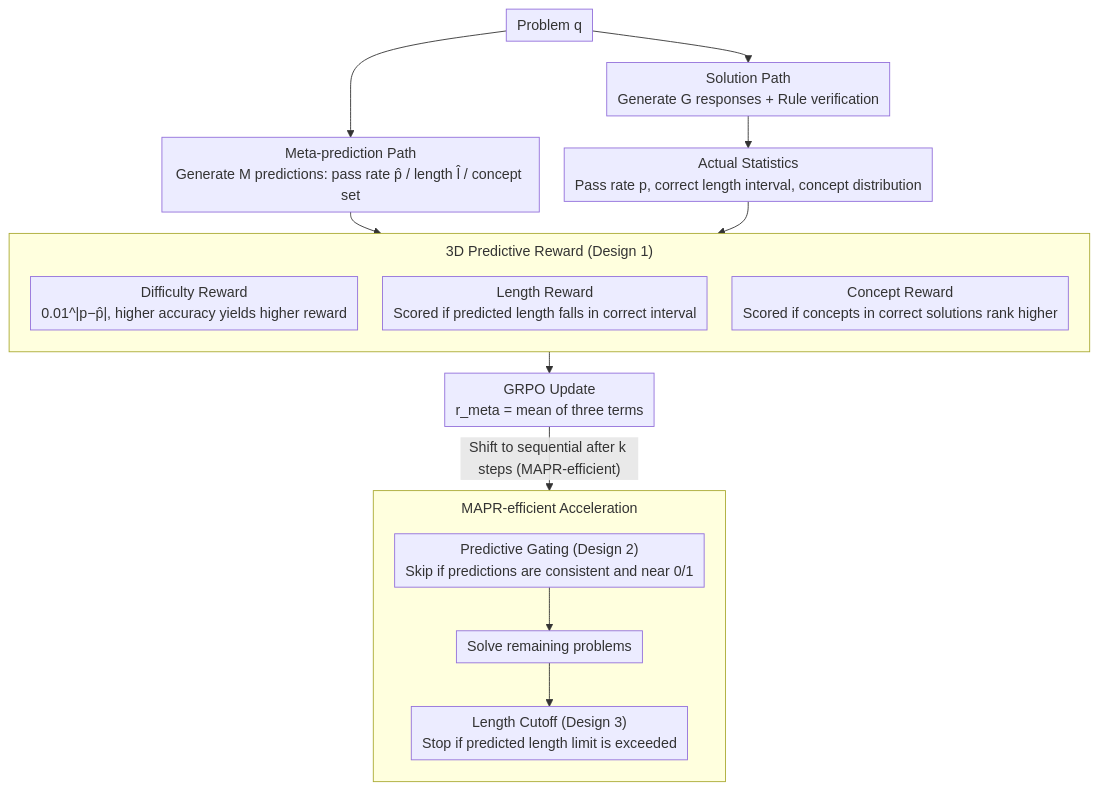
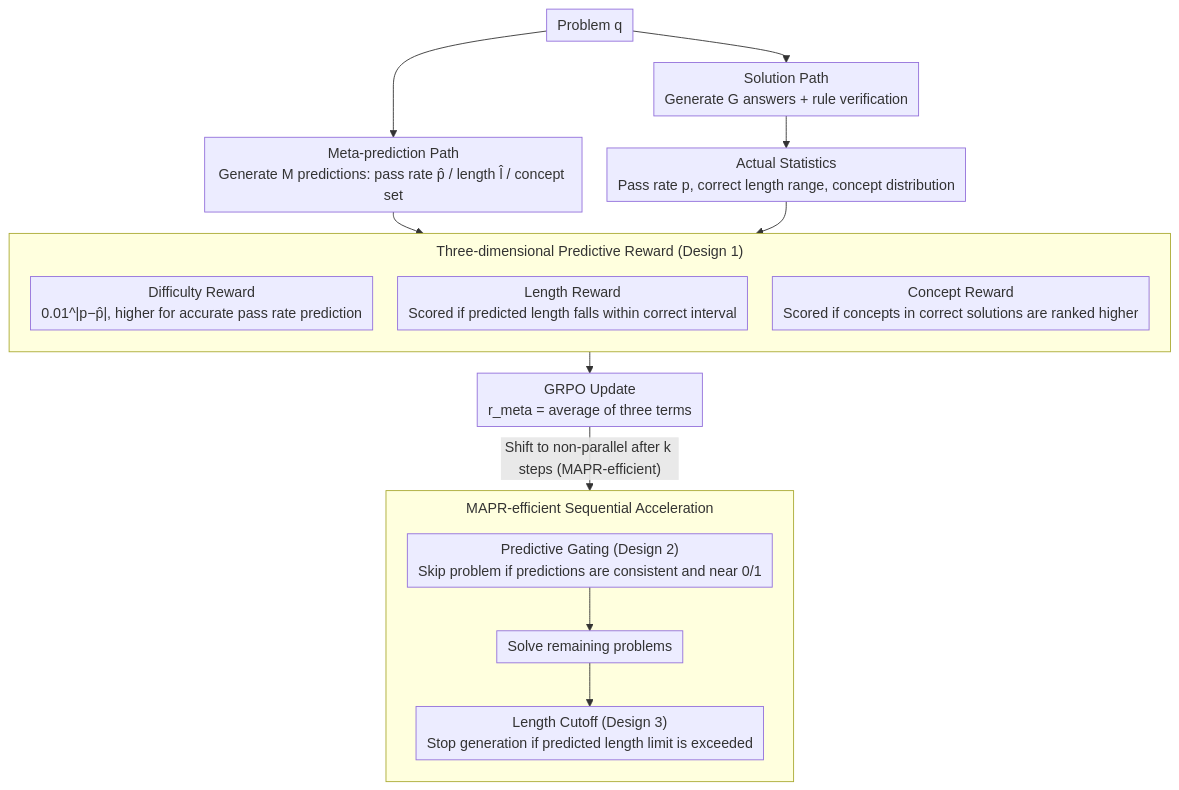
The diagram in docs/ICML2026/llm_reasoning/verifying_meta-awareness_via_predictive_rewards_in_reasoning_models.md (zhaoyang97/Paper-Notes-en), drawn with Mermaid before and after one commit. The commit also changed other lines of this file and 5084 other files, not shown here.

````diff
--- a/docs/ICML2026/llm_reasoning/verifying_meta-awareness_via_predictive_rewards_in_reasoning_models.md
+++ b/docs/ICML2026/llm_reasoning/verifying_meta-awareness_via_predictive_rewards_in_reasoning_models.md
@@ -43,23 +43,23 @@
 ```mermaid
 %%{init: {'flowchart': {'rankSpacing': 24, 'nodeSpacing': 28, 'padding': 6, 'wrappingWidth': 400, 'subGraphTitleMargin': {'top': 8, 'bottom': 16}}}}%%
 flowchart TD
-    Q["Problem q"] --> SOL["Solution Path<br/>Generate G responses + Rule verification"]
+    Q["Problem q"] --> SOL["Solution Path<br/>Generate G answers + rule verification"]
     Q --> META["Meta-prediction Path<br/>Generate M predictions: pass rate p̂ / length l̂ / concept set"]
-    SOL --> STAT["Actual Statistics<br/>Pass rate p, correct length interval, concept distribution"]
-    subgraph RW["3D Predictive Reward (Design 1)"]
+    SOL --> STAT["Actual Statistics<br/>Pass rate p, correct length range, concept distribution"]
+    subgraph RW["Three-dimensional Predictive Reward (Design 1)"]
         direction TB
-        D["Difficulty Reward<br/>0.01^|p−p̂|, higher accuracy yields higher reward"]
-        L["Length Reward<br/>Scored if predicted length falls in correct interval"]
-        N["Concept Reward<br/>Scored if concepts in correct solutions rank higher"]
+        D["Difficulty Reward<br/>0.01^|p−p̂|, higher for accurate pass rate prediction"]
+        L["Length Reward<br/>Scored if predicted length falls within correct interval"]
+        N["Concept Reward<br/>Scored if concepts in correct solutions are ranked higher"]
     end
     META --> RW
     STAT --> RW
-    RW --> UP["GRPO Update<br/>r_meta = mean of three terms"]
-    UP -->|"Shift to sequential after k steps (MAPR-efficient)"| EFF
-    subgraph EFF["MAPR-efficient Acceleration"]
+    RW --> UP["GRPO Update<br/>r_meta = average of three terms"]
+    UP -->|"Shift to non-parallel after k steps (MAPR-efficient)"| EFF
+    subgraph EFF["MAPR-efficient Sequential Acceleration"]
         direction TB
-        G["Predictive Gating (Design 2)<br/>Skip if predictions are consistent and near 0/1"]
+        G["Predictive Gating (Design 2)<br/>Skip problem if predictions are consistent and near 0/1"]
         G --> S2["Solve remaining problems"]
-        S2 --> C["Length Cutoff (Design 3)<br/>Stop if predicted length limit is exceeded"]
+        S2 --> C["Length Cutoff (Design 3)<br/>Stop generation if predicted length limit is exceeded"]
     end
 ```
````
